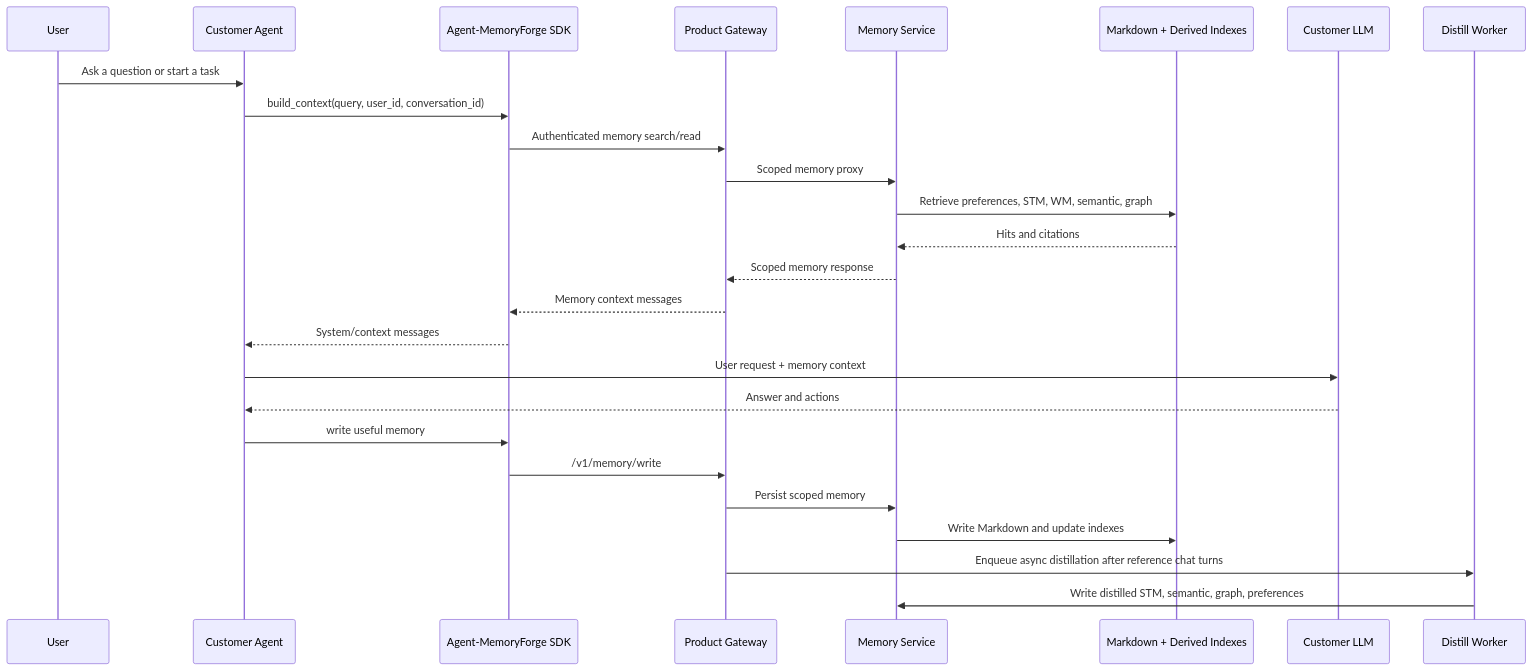
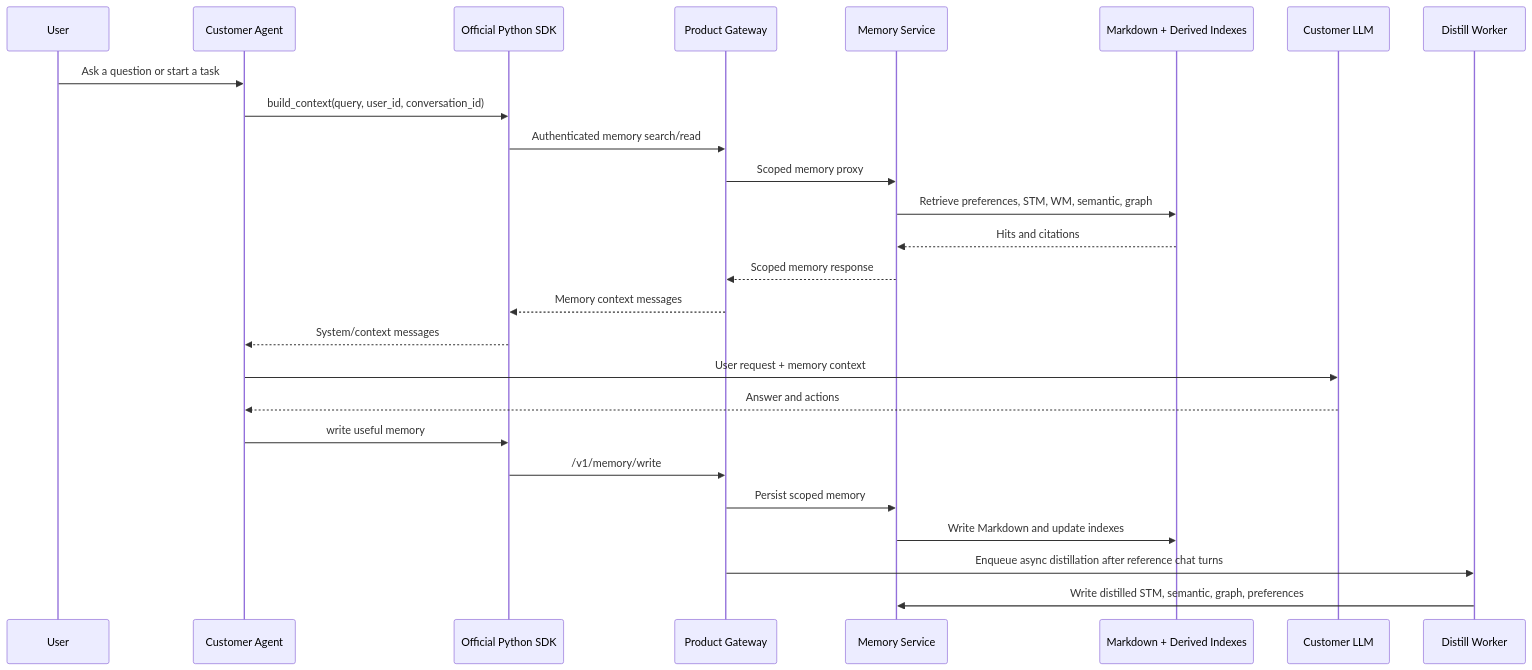
One commit to hellangleZ/Agent-MemoryForge changed the third of 4 diagrams in README.md. Above: the diagram before and after it, drawn with Mermaid. The commit also changed other lines of this file and 20 other files, not shown here.

````diff
--- a/README.md
+++ b/README.md
@@ -307,29 +321,29 @@
 ```mermaid
 sequenceDiagram
     participant User
     participant Agent as Customer Agent
-    participant SDK as Agent-MemoryForge SDK
+    participant SDK as Official Python SDK
     participant GW as Product Gateway
     participant MS as Memory Service
     participant Store as Markdown + Derived Indexes
     participant LLM as Customer LLM
     participant Worker as Distill Worker
 
     User->>Agent: Ask a question or start a task
     Agent->>SDK: build_context(query, user_id, conversation_id)
     SDK->>GW: Authenticated memory search/read
     GW->>MS: Scoped memory proxy
     MS->>Store: Retrieve preferences, STM, WM, semantic, graph
     Store-->>MS: Hits and citations
     MS-->>GW: Scoped memory response
     GW-->>SDK: Memory context messages
     SDK-->>Agent: System/context messages
     Agent->>LLM: User request + memory context
     LLM-->>Agent: Answer and actions
     Agent->>SDK: write useful memory
     SDK->>GW: /v1/memory/write
     GW->>MS: Persist scoped memory
     MS->>Store: Write Markdown and update indexes
     GW->>Worker: Enqueue async distillation after reference chat turns
     Worker->>MS: Write distilled STM, semantic, graph, preferences
 ```
````
